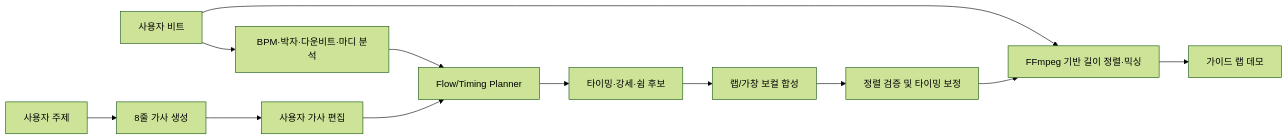
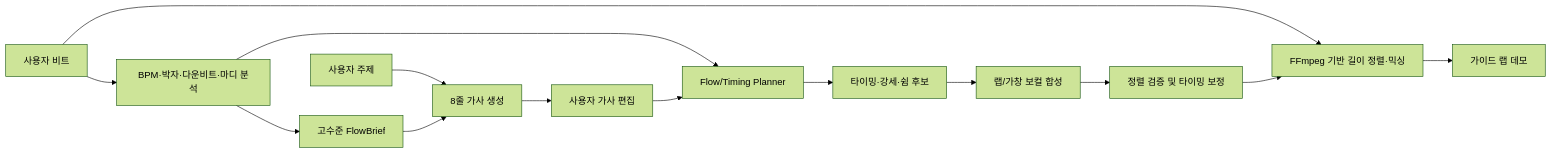
Before and after one commit to hnuu785/PMTM: the diagram in docs/project-goal.md, drawn with Mermaid (forest theme). The commit also changed other lines of this file and 17 other files, not shown here.

First line of the commit message:
feat: Implement flow adapter and guide pipeline for DiffSinger rendering

````diff
--- a/docs/project-goal.md
+++ b/docs/project-goal.md
@@ -163,14 +167,16 @@
 ```mermaid
 flowchart LR
     Beat["사용자 비트"] --> Analysis["BPM·박자·다운비트·마디 분석"]
+    Analysis --> Brief["고수준 FlowBrief"]
     Topic["사용자 주제"] --> Lyrics["8줄 가사 생성"]
+    Brief --> Lyrics
     Lyrics --> Edit["사용자 가사 편집"]
     Analysis --> Flow["Flow/Timing Planner"]
     Edit --> Flow
     Flow --> Candidates["타이밍·강세·쉼 후보"]
     Candidates --> Vocal["랩/가창 보컬 합성"]
     Vocal --> Align["정렬 검증 및 타이밍 보정"]
     Beat --> Mix["FFmpeg 기반 길이 정렬·믹싱"]
     Align --> Mix
     Mix --> Demo["가이드 랩 데모"]
 ```
````
